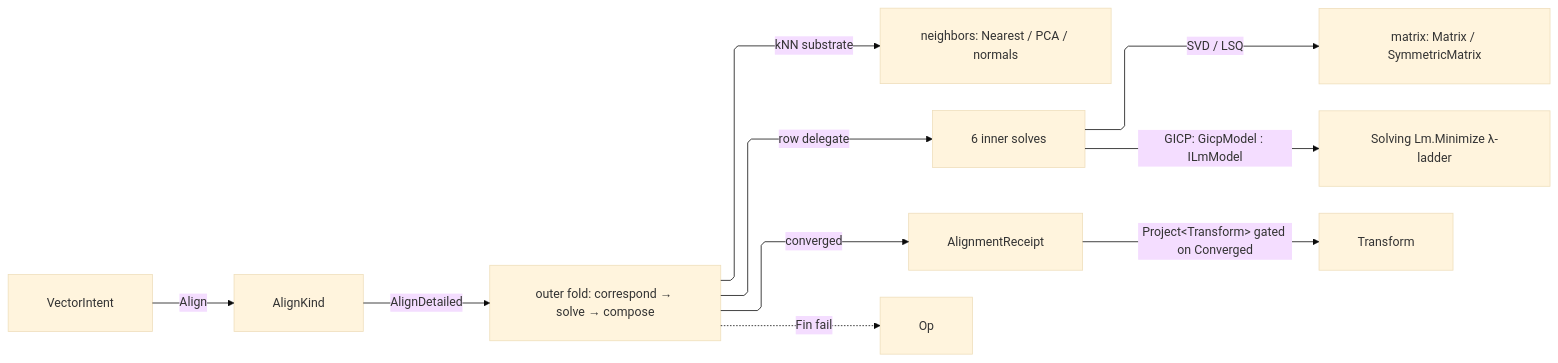
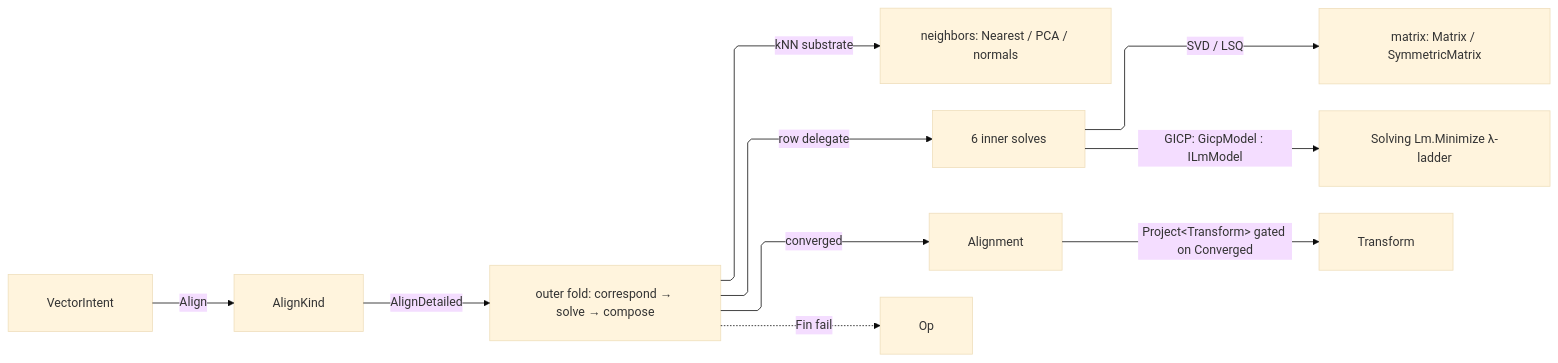
Before and after one commit to bsamiee/Rasm: the diagram in libs/dotnet/Rasm/.planning/Processing/register.md, drawn with Mermaid (base theme). The commit also changed other lines of this file and 1417 other files, not shown here.

````diff
--- a/libs/dotnet/Rasm/.planning/Processing/register.md
+++ b/libs/dotnet/Rasm/.planning/Processing/register.md
@@ -688,21 +688,21 @@
 ```mermaid
 ---
 config:
   layout: elk
   flowchart:
     curve: linear
     padding: 25
 ---
 flowchart LR
     accTitle: Registration dispatch
-    accDescr: Alignment flows through neighborhood correspondence, solver rows, matrix owners, and a gated transform receipt.
+    accDescr: Alignment flows through neighborhood correspondence, solver rows, matrix owners, and a gated transform.
     VectorIntent -->|Align| AlignKind
     AlignKind -->|AlignDetailed| Fold["outer fold: correspond → solve → compose"]
     Fold -->|kNN substrate| Neighbors["neighbors: Nearest / PCA / normals"]
     Fold -->|row delegate| Solvers["6 inner solves"]
     Solvers -->|SVD / LSQ| MatrixOwners["matrix: Matrix / SymmetricMatrix"]
     Solvers -->|"GICP: GicpModel : ILmModel"| Lm["Solving Lm.Minimize λ-ladder"]
-    Fold -->|converged| AlignmentReceipt
-    AlignmentReceipt -->|"Project&lt;Transform&gt; gated on Converged"| Transform
+    Fold -->|converged| Alignment
+    Alignment -->|"Project&lt;Transform&gt; gated on Converged"| Transform
     Fold -.->|Fin fail| Op
 ```
````
